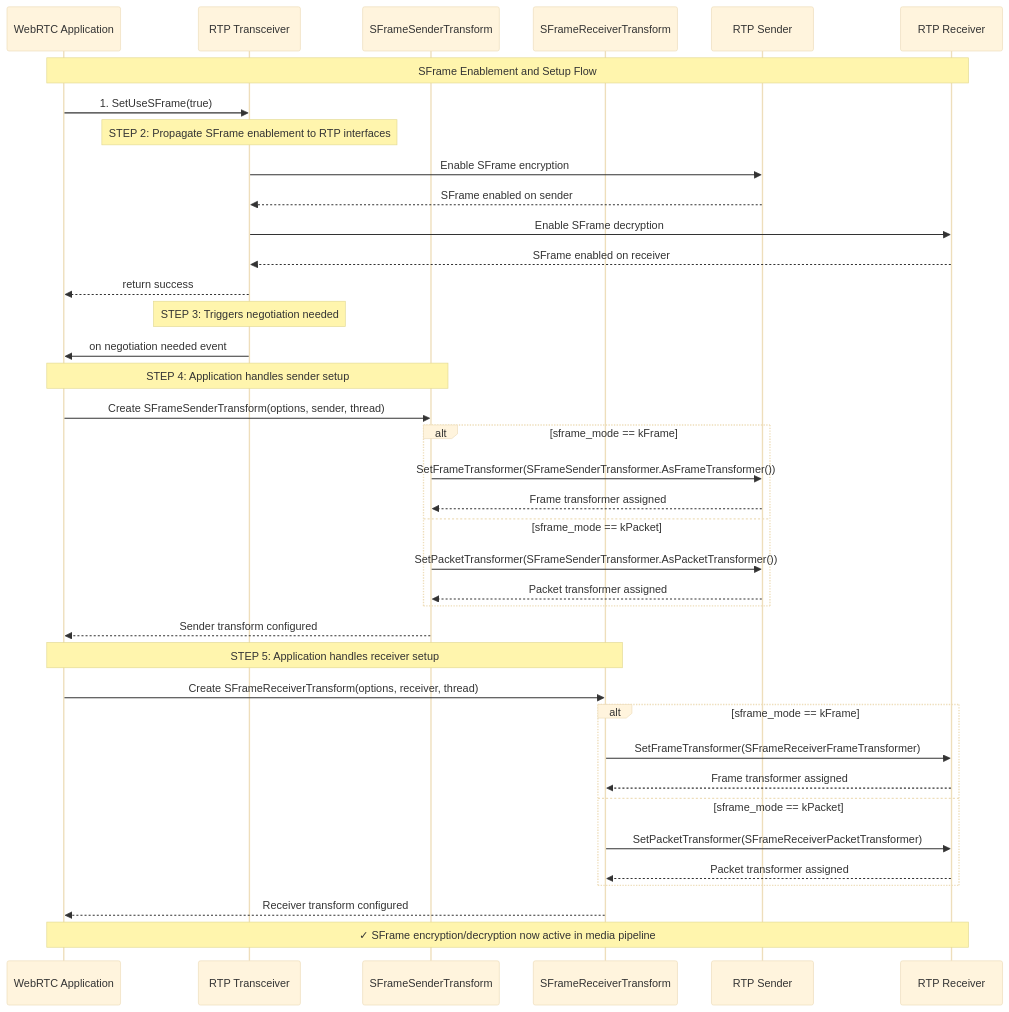
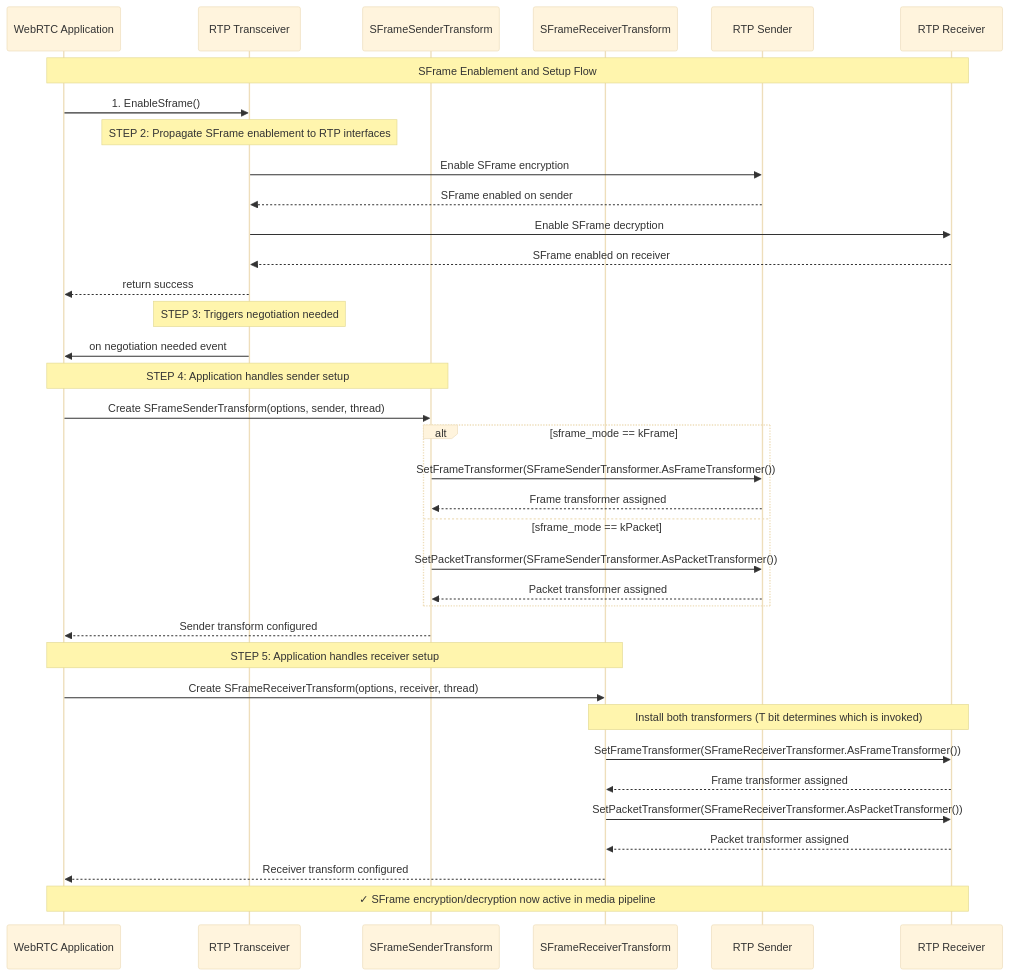
One commit to webex/webrtc-sframe changed the first of 22 diagrams in README.md. Above: the diagram before and after it, drawn with Mermaid (base theme). The commit also changed other lines of this file, not shown here.

Commit message:
t bit introduced

````diff
--- a/README.md
+++ b/README.md
@@ -15,51 +15,49 @@
 ```mermaid
 sequenceDiagram
     participant App as WebRTC Application
     participant T as RTP Transceiver
     participant SenderTransform as SFrameSenderTransform
     participant ReceiverTransform as SFrameReceiverTransform
     participant S as RTP Sender
     participant R as RTP Receiver
 
     Note over App,R: SFrame Enablement and Setup Flow
 
-    App->>T: 1. SetUseSFrame(true)
+    App->>T: 1. EnableSframe()
     
     Note over T: STEP 2: Propagate SFrame enablement to RTP interfaces
     T->>S: Enable SFrame encryption
     S-->>T: SFrame enabled on sender
     T->>R: Enable SFrame decryption
     R-->>T: SFrame enabled on receiver
     T-->>App: return success
     
     Note over T: STEP 3: Triggers negotiation needed
     T->>App: on negotiation needed event
     
     Note over App,SenderTransform: STEP 4: Application handles sender setup
     App->>SenderTransform: Create SFrameSenderTransform(options, sender, thread)
     
     alt sframe_mode == kFrame
         SenderTransform->>S: SetFrameTransformer(SFrameSenderTransformer.AsFrameTransformer())
         S-->>SenderTransform: Frame transformer assigned
     else sframe_mode == kPacket
         SenderTransform->>S: SetPacketTransformer(SFrameSenderTransformer.AsPacketTransformer())
         S-->>SenderTransform: Packet transformer assigned
     end
     
     SenderTransform-->>App: Sender transform configured
     
     Note over App,ReceiverTransform: STEP 5: Application handles receiver setup
     App->>ReceiverTransform: Create SFrameReceiverTransform(options, receiver, thread)
     
-    alt sframe_mode == kFrame
-        ReceiverTransform->>R: SetFrameTransformer(SFrameReceiverFrameTransformer)
-        R-->>ReceiverTransform: Frame transformer assigned
-    else sframe_mode == kPacket
-        ReceiverTransform->>R: SetPacketTransformer(SFrameReceiverPacketTransformer)
-        R-->>ReceiverTransform: Packet transformer assigned
-    end
+    Note over ReceiverTransform,R: Install both transformers (T bit determines which is invoked)
+    ReceiverTransform->>R: SetFrameTransformer(SFrameReceiverTransformer.AsFrameTransformer())
+    R-->>ReceiverTransform: Frame transformer assigned
+    ReceiverTransform->>R: SetPacketTransformer(SFrameReceiverTransformer.AsPacketTransformer())
+    R-->>ReceiverTransform: Packet transformer assigned
     
     ReceiverTransform-->>App: Receiver transform configured
     
     Note over App,R: ✓ SFrame encryption/decryption now active in media pipeline
 ```
````
